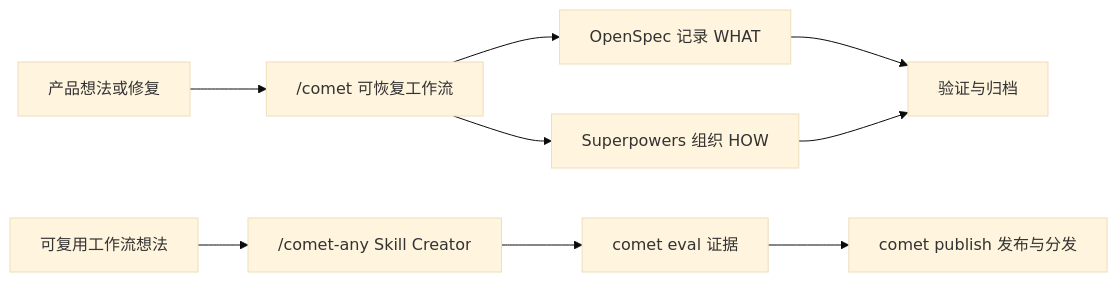
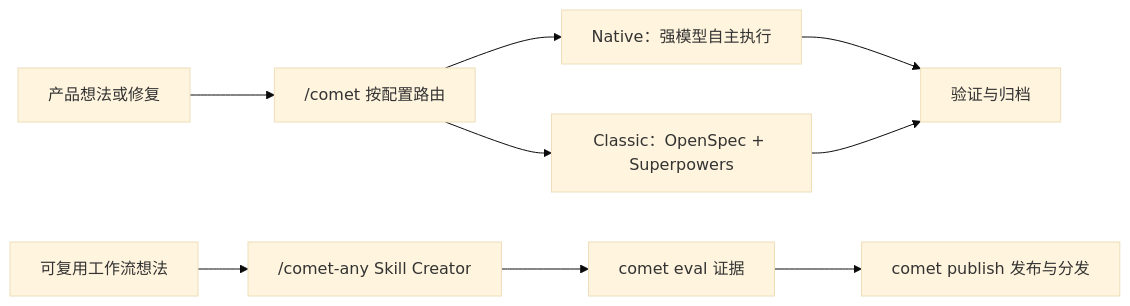
One commit to rpamis/comet-website-docs changed the diagram in zh/introduction.mdx. Above: the diagram before and after it, drawn with Mermaid (base theme). The commit also changed other lines of this file and 85 other files, not shown here.

````diff
--- a/zh/introduction.mdx
+++ b/zh/introduction.mdx
@@ -22,11 +30,11 @@
 ```mermaid
 flowchart LR
-  A["产品想法或修复"] --> B["/comet 可恢复工作流"]
-  B --> C["OpenSpec 记录 WHAT"]
-  B --> D["Superpowers 组织 HOW"]
-  C --> E["验证与归档"]
-  D --> E
+  A["产品想法或修复"] --> B["/comet 按配置路由"]
+  B --> N["Native：强模型自主执行"]
+  B --> C["Classic：OpenSpec + Superpowers"]
+  N --> E["验证与归档"]
+  C --> E
   F["可复用工作流想法"] --> G["/comet-any Skill Creator"]
   G --> H["comet eval 证据"]
   H --> I["comet publish 发布与分发"]
 ```
````
